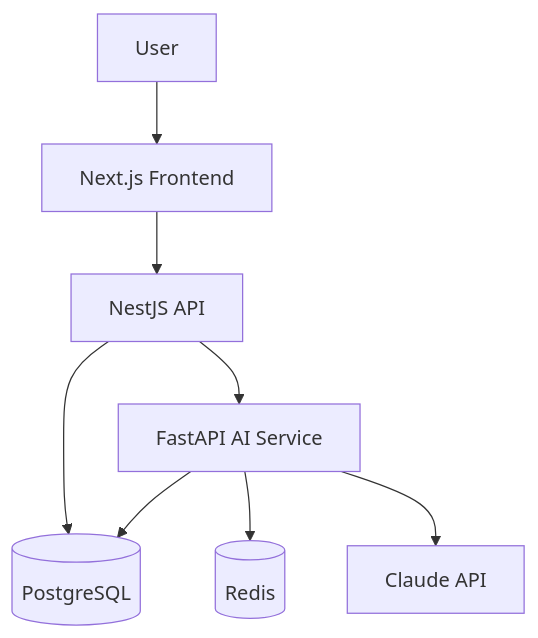
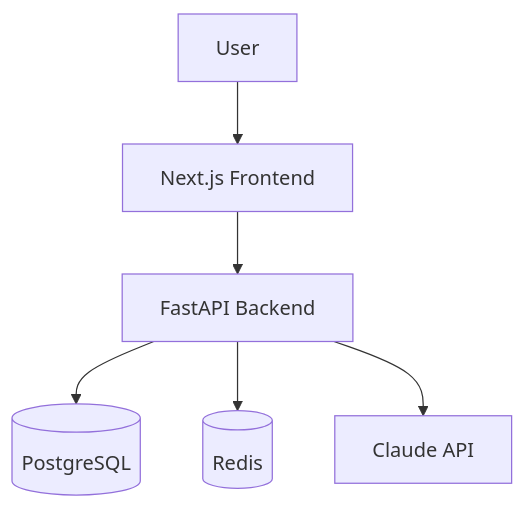
One commit to Driftloom/Vaeloom changed the diagram in docs/developer-experience/Architecture-Walkthrough.md. Above: the diagram before and after it, drawn with Mermaid. The commit also changed other lines of this file and 159 other files, not shown here.

````diff
--- a/docs/developer-experience/Architecture-Walkthrough.md
+++ b/docs/developer-experience/Architecture-Walkthrough.md
@@ -8,10 +8,8 @@
 ```mermaid
 graph TD
     User[User] --> Web[Next.js Frontend]
-    Web --> API[NestJS API]
-    API --> AI[FastAPI AI Service]
-    API --> PG[(PostgreSQL)]
-    AI --> PG
-    AI --> Redis[(Redis)]
-    AI --> Claude[Claude API]
+    Web --> Backend[FastAPI Backend]
+    Backend --> PG[(PostgreSQL)]
+    Backend --> Redis[(Redis)]
+    Backend --> Claude[Claude API]
 ```
````
